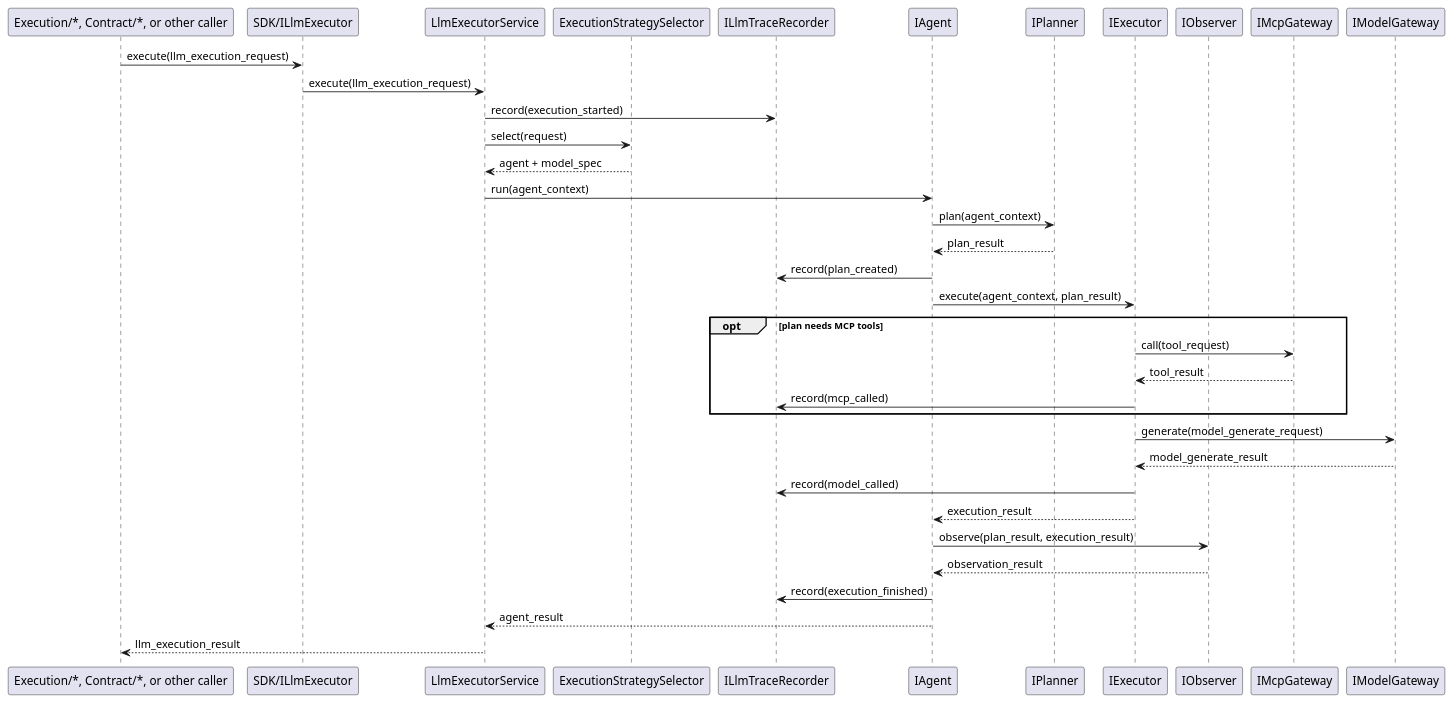
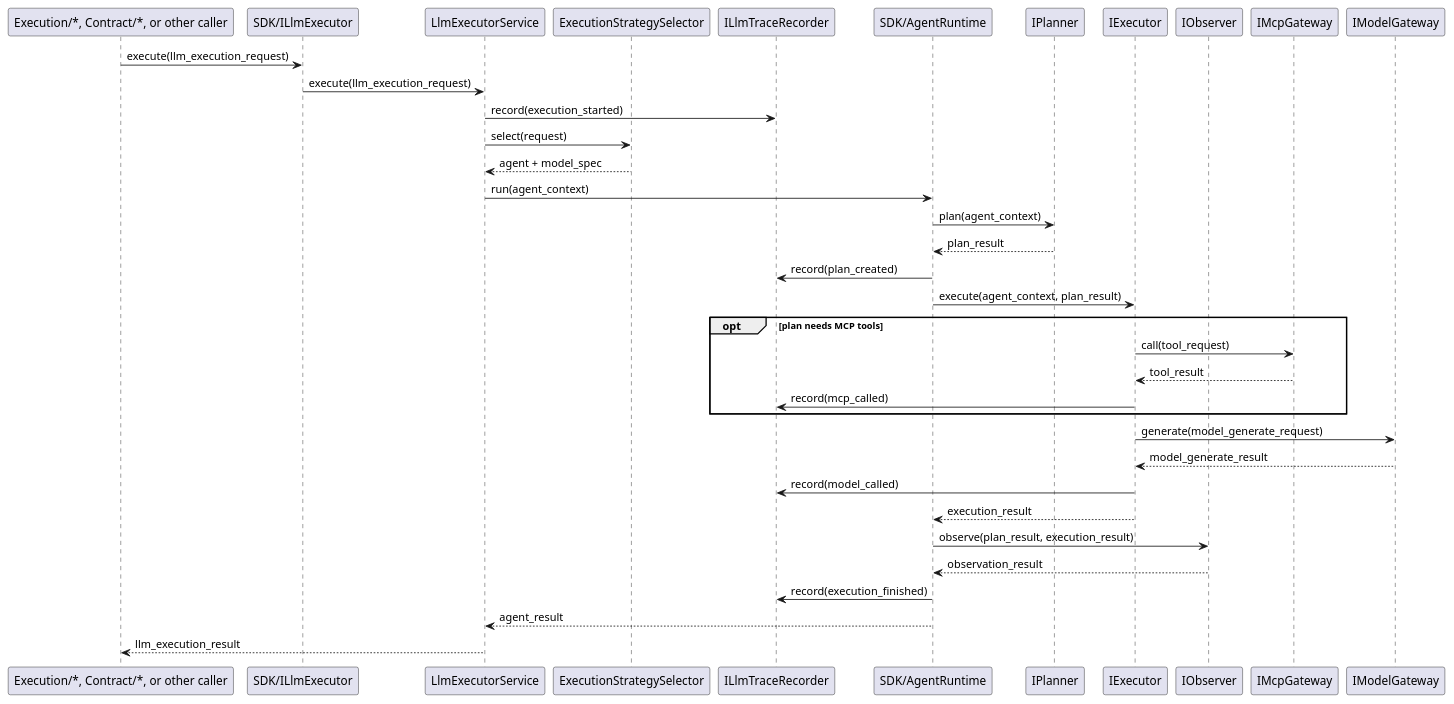
One commit to lucky-chen/ai_workflow_travel changed the second of 2 diagrams in meta_layer/docs/design_docs/SDK/LlmExecutor.md. Above: the diagram before and after it, drawn with PlantUML. The commit also changed other lines of this file and 4 other files, not shown here.

First line of the commit message:
[AI] gpt-5.4: refine agent runtime documentation

````diff
--- a/meta_layer/docs/design_docs/SDK/LlmExecutor.md
+++ b/meta_layer/docs/design_docs/SDK/LlmExecutor.md
@@ -216,40 +221,40 @@
 ```plantuml
 @startuml
 participant Caller as "Execution/*, Contract/*, or other caller"
 participant ILlmExecutor as "SDK/ILlmExecutor"
 participant LlmExecutorService
 participant ExecutionStrategySelector
 participant ILlmTraceRecorder
-participant IAgent
+participant IAgent as "SDK/AgentRuntime"
 participant IPlanner
 participant IExecutor
 participant IObserver
 participant IMcpGateway
 participant IModelGateway
 
 Caller -> ILlmExecutor: execute(llm_execution_request)
 ILlmExecutor -> LlmExecutorService: execute(llm_execution_request)
 LlmExecutorService -> ILlmTraceRecorder: record(execution_started)
 LlmExecutorService -> ExecutionStrategySelector: select(request)
 ExecutionStrategySelector --> LlmExecutorService: agent + model_spec
 LlmExecutorService -> IAgent: run(agent_context)
 IAgent -> IPlanner: plan(agent_context)
 IPlanner --> IAgent: plan_result
 IAgent -> ILlmTraceRecorder: record(plan_created)
 IAgent -> IExecutor: execute(agent_context, plan_result)
 opt plan needs MCP tools
   IExecutor -> IMcpGateway: call(tool_request)
   IMcpGateway --> IExecutor: tool_result
   IExecutor -> ILlmTraceRecorder: record(mcp_called)
 end
 IExecutor -> IModelGateway: generate(model_generate_request)
 IModelGateway --> IExecutor: model_generate_result
 IExecutor -> ILlmTraceRecorder: record(model_called)
 IExecutor --> IAgent: execution_result
 IAgent -> IObserver: observe(plan_result, execution_result)
 IObserver --> IAgent: observation_result
 IAgent -> ILlmTraceRecorder: record(execution_finished)
 IAgent --> LlmExecutorService: agent_result
 LlmExecutorService --> Caller: llm_execution_result
 @enduml
 ```
````
